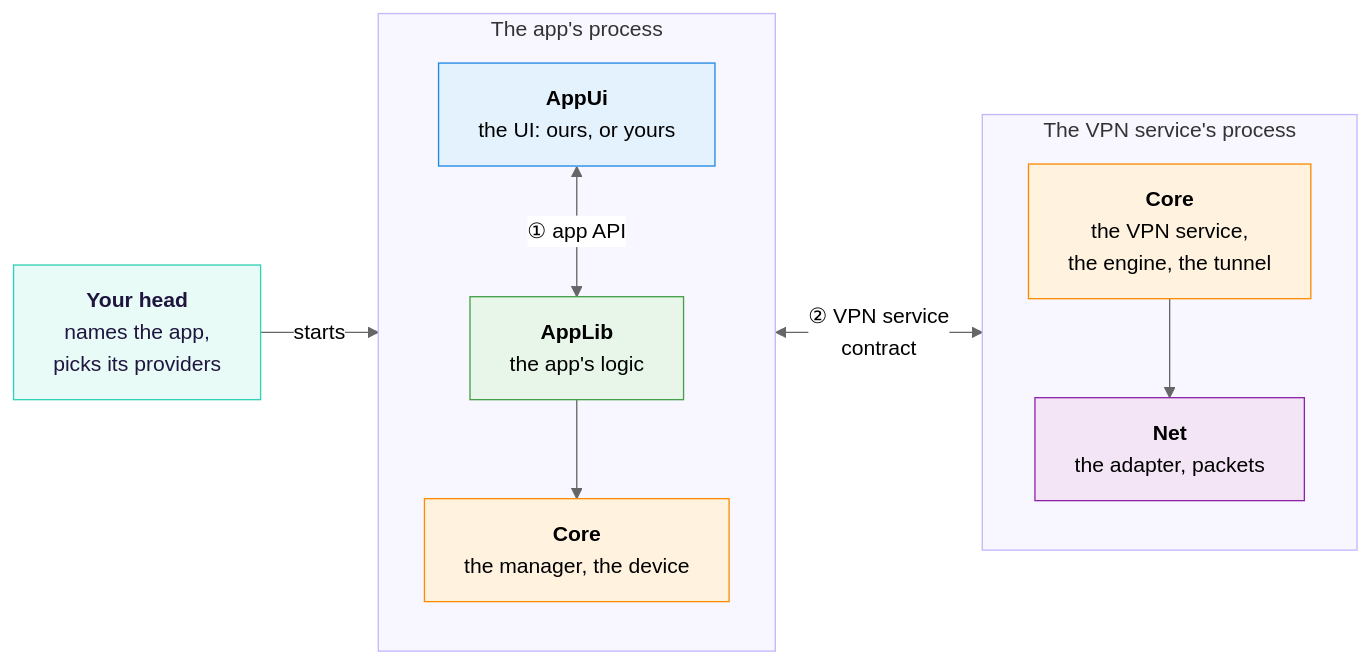
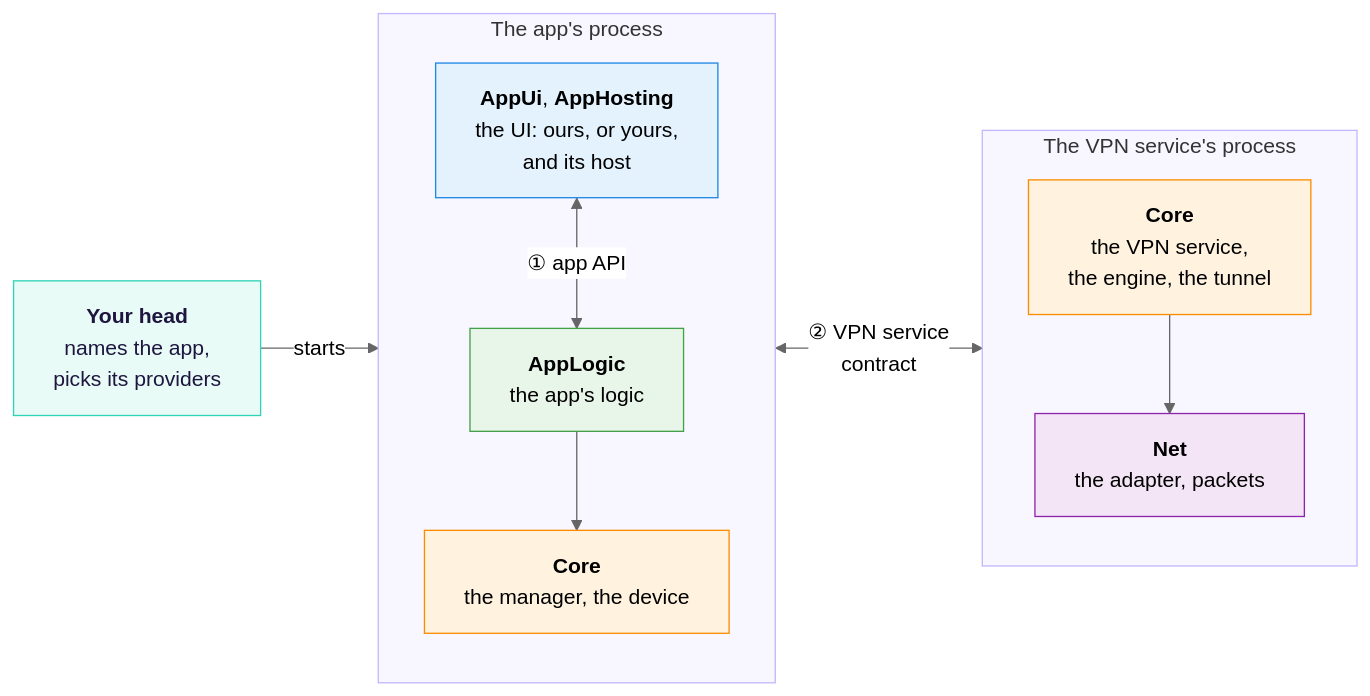
Before and after one commit to vpnhood/VpnHood: the diagram in docs/client-architecture.md, drawn with Mermaid (neutral theme). The commit also changed other lines of this file and 1886 other files, not shown here.

````diff
--- a/docs/client-architecture.md
+++ b/docs/client-architecture.md
@@ -9,33 +9,33 @@
 ```mermaid
 flowchart LR
     HEAD["<b>Your head</b><br/>names the app,<br/>picks its providers"]
     subgraph APPSIDE["The app's process"]
         direction TB
-        UI["<b>AppUi</b><br/>the UI: ours, or yours"]
-        APP["<b>AppLib</b><br/>the app's logic"]
+        UI["<b>AppUi</b>, <b>AppHosting</b><br/>the UI: ours, or yours,<br/>and its host"]
+        APP["<b>AppLogic</b><br/>the app's logic"]
         DEV["<b>Core</b><br/>the manager, the device"]
         UI <-->|"① app API"| APP
         APP --> DEV
     end
     subgraph SVCSIDE["The VPN service's process"]
         direction TB
         VPN["<b>Core</b><br/>the VPN service,<br/>the engine, the tunnel"]
         NET["<b>Net</b><br/>the adapter, packets"]
         VPN --> NET
     end
     HEAD -->|starts| APPSIDE
     DEV <-->|"② VPN service<br/>contract"| VPN
 
     style APPSIDE fill:#f8f6ff,stroke:#c4b6ff
     style SVCSIDE fill:#f8f6ff,stroke:#c4b6ff
     classDef head fill:#e8fbf7,stroke:#2fd3b5,color:#1f1640
     classDef appUi fill:#e3f2fd,stroke:#1e88e5,color:#000
     classDef appLib fill:#e8f5e9,stroke:#43a047,color:#000
     classDef core fill:#fff3e0,stroke:#fb8c00,color:#000
     classDef net fill:#f3e5f5,stroke:#8e24aa,color:#000
     class HEAD head
     class UI appUi
     class APP appLib
     class DEV,VPN core
     class NET net
 ```
````
